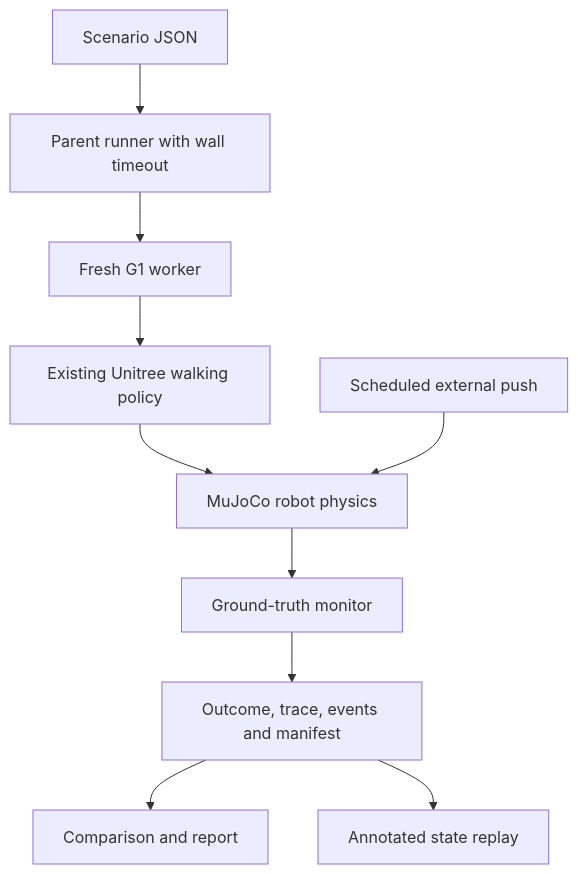
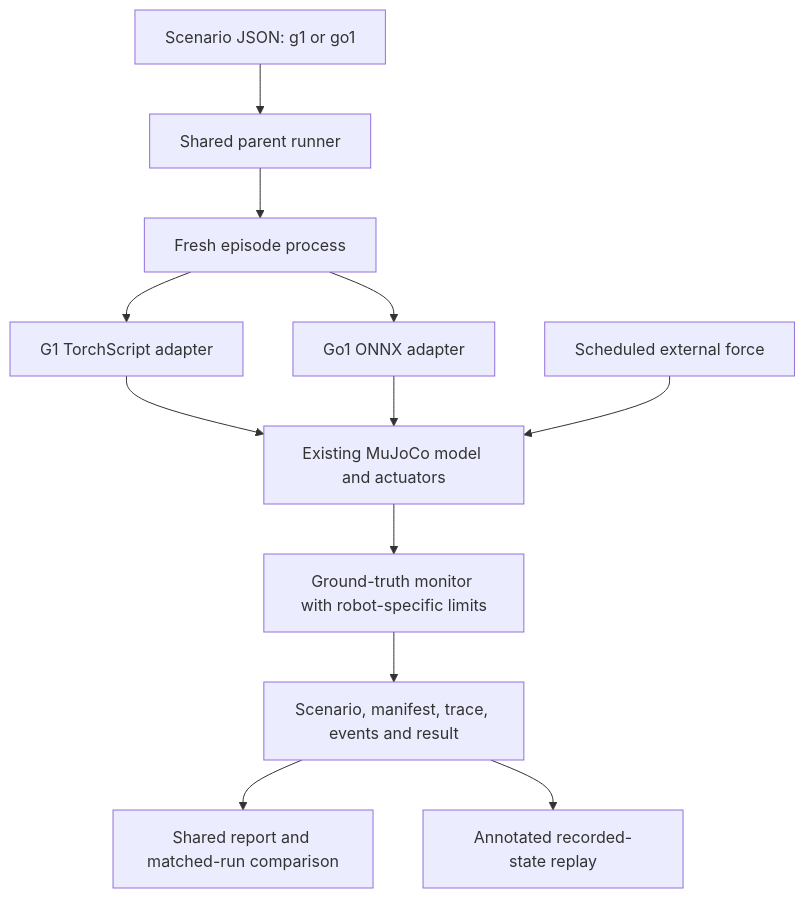
The diagram in README.md (hiteshhedwig/robotic-failure-evaluation), drawn with Mermaid before and after one commit. The commit also changed other lines of this file and 422 other files, not shown here.

```diff
--- a/README.md
+++ b/README.md
@@ -96,12 +103,14 @@
 ~~~mermaid
 flowchart TD
-    A[Scenario JSON] --> B[Parent runner with wall timeout]
-    B --> C[Fresh G1 worker]
-    C --> D[Existing Unitree walking policy]
-    D --> E[MuJoCo robot physics]
-    F[Scheduled external push] --> E
-    E --> G[Ground-truth monitor]
-    G --> H[Outcome, trace, events and manifest]
-    H --> I[Comparison and report]
-    H --> J[Annotated state replay]
+    A[Scenario JSON: g1 or go1] --> B[Shared parent runner]
+    B --> C[Fresh episode process]
+    C --> D[G1 TorchScript adapter]
+    C --> E[Go1 ONNX adapter]
+    D --> F[Existing MuJoCo model and actuators]
+    E --> F
+    G[Scheduled external force] --> F
+    F --> H[Ground-truth monitor with robot-specific limits]
+    H --> I[Scenario, manifest, trace, events and result]
+    I --> J[Shared report and matched-run comparison]
+    I --> K[Annotated recorded-state replay]
 ~~~
```
